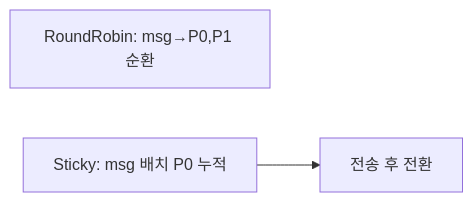
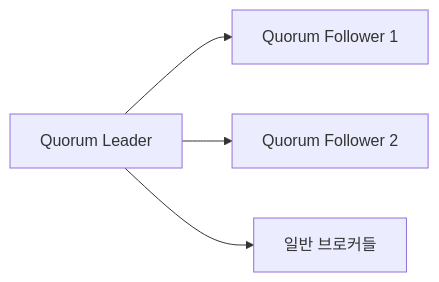
Before and after one commit to yjkim2015/yjkim2015.github.io: the sixth of 11 diagrams in _posts/kafka/2026-05-01-kafka-internals.md, drawn with Mermaid. The commit also changed other lines of this file and 4 other files, not shown here.

````diff
--- a/_posts/kafka/2026-05-01-kafka-internals.md
+++ b/_posts/kafka/2026-05-01-kafka-internals.md
@@ -105,5 +547,6 @@
 ```mermaid
 graph LR
-    RR["RoundRobin: msg→P0,P1 순환"]
-    ST["Sticky: msg 배치 P0 누적"] --> SW["전송 후 전환"]
+    QLEADER["Quorum Leader"] --> QF1["Quorum Follower 1"]
+    QLEADER --> QF2["Quorum Follower 2"]
+    QLEADER --> BROKERS["일반 브로커들"]
 ```
````
